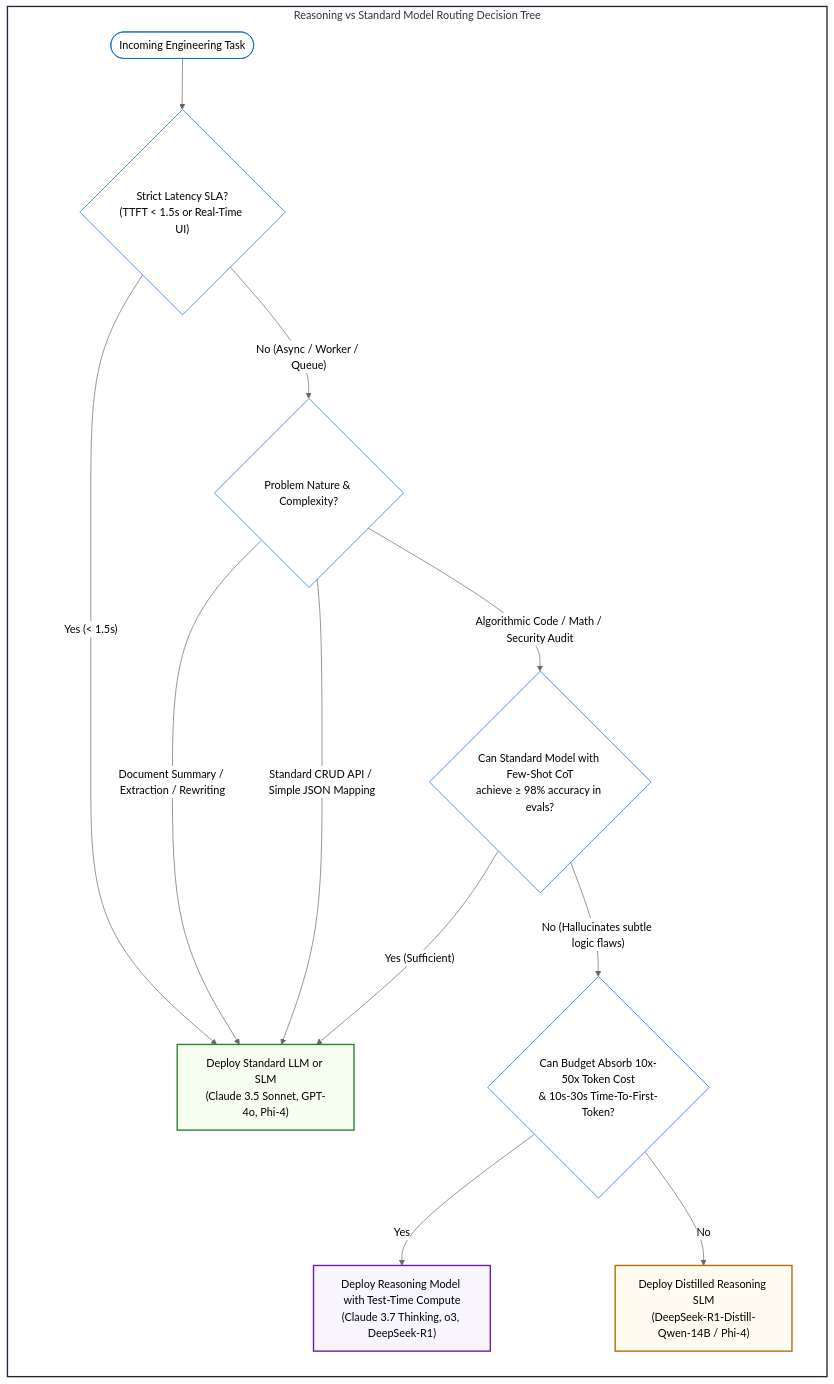
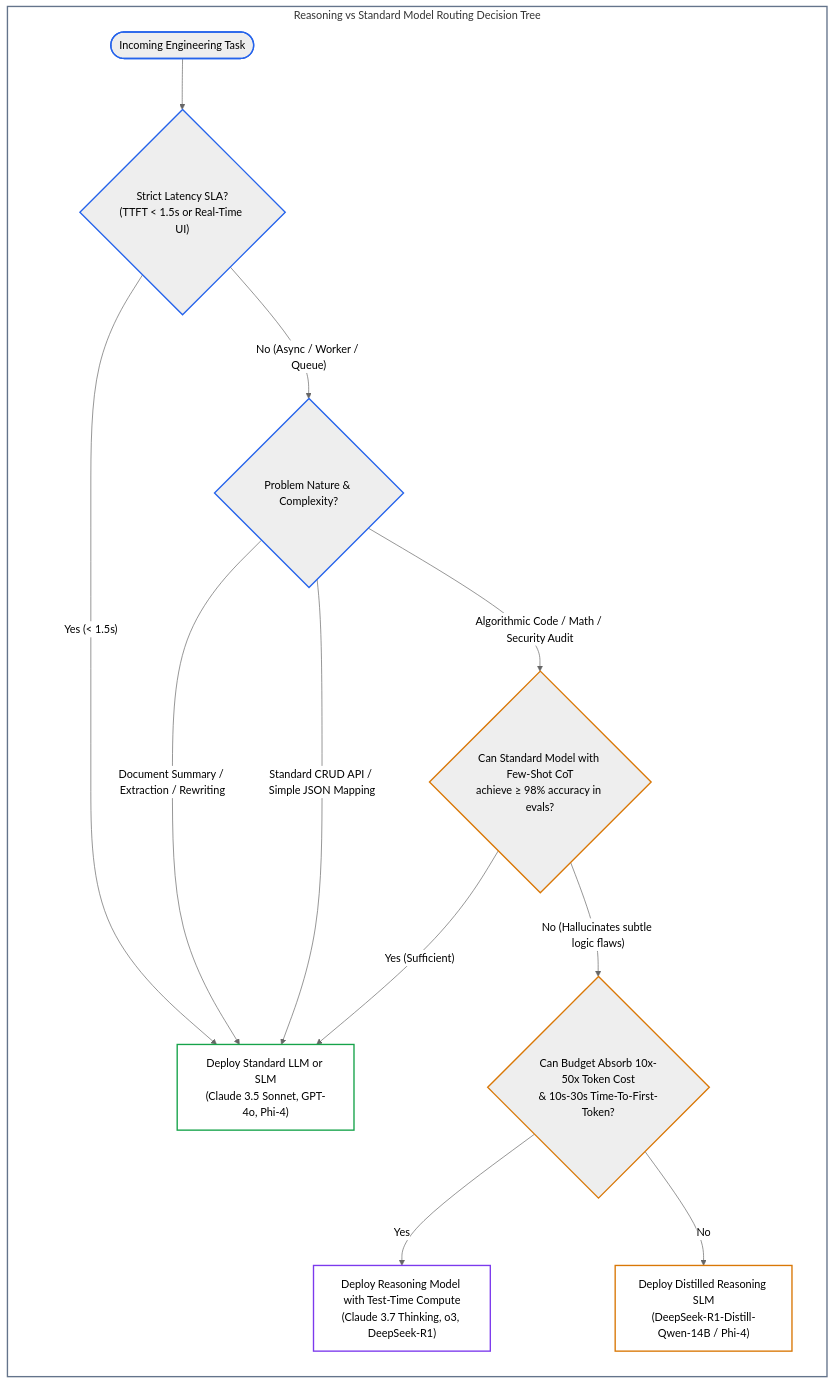
Before and after one commit to dip4k/senior-engineer-to-ai-engineer-roadmap: the third of 3 diagrams in 00-foundations-and-token-mechanics/04-test-time-compute-and-reasoning-models.md, drawn with Mermaid (neutral theme). The commit also changed other lines of this file and 15 other files, not shown here.

First line of the commit message:
feat(curriculum): theme-adaptive diagrams, low-node modular flows, and Phase 00 beginner-style refactor

````diff
--- a/00-foundations-and-token-mechanics/04-test-time-compute-and-reasoning-models.md
+++ b/00-foundations-and-token-mechanics/04-test-time-compute-and-reasoning-models.md
@@ -411,33 +379,33 @@
 ```mermaid
 flowchart TD
     subgraph ROUTER["Reasoning vs Standard Model Routing Decision Tree"]
         direction TB
 
         Start(["Incoming Engineering Task"]) --> LatencyCheck{"Strict Latency SLA?<br>(TTFT < 1.5s or Real-Time UI)"}
         
         LatencyCheck -- "Yes (< 1.5s)" --> FastPath["Deploy Standard LLM or SLM<br>(Claude 3.5 Sonnet, GPT-4o, Phi-4)"]
         LatencyCheck -- "No (Async / Worker / Queue)" --> TaskType{"Problem Nature & Complexity?"}
         
         TaskType -- "Document Summary / Extraction / Rewriting" --> FastPath
         TaskType -- "Standard CRUD API / Simple JSON Mapping" --> FastPath
         
         TaskType -- "Algorithmic Code / Math / Security Audit" --> AccuracyCheck{"Can Standard Model with Few-Shot CoT<br>achieve ≥ 98% accuracy in evals?"}
         
         AccuracyCheck -- "Yes (Sufficient)" --> FastPath
         AccuracyCheck -- "No (Hallucinates subtle logic flaws)" --> BudgetCheck{"Can Budget Absorb 10x-50x Token Cost<br>& 10s-30s Time-To-First-Token?"}
         
         BudgetCheck -- "Yes" --> ReasoningTier["Deploy Reasoning Model with Test-Time Compute<br>(Claude 3.7 Thinking, o3, DeepSeek-R1)"]
         BudgetCheck -- "No" --> DistillTier["Deploy Distilled Reasoning SLM<br>(DeepSeek-R1-Distill-Qwen-14B / Phi-4)"]
     end
 
-    style ROUTER fill:#ffffff,stroke:#1e293b,stroke-width:2px
-    style FastPath fill:#f6fff0,stroke:#2e7d32,stroke-width:2px
-    style ReasoningTier fill:#f8f5ff,stroke:#6a1b9a,stroke-width:2px
-    style DistillTier fill:#fffbf0,stroke:#b26b00,stroke-width:2px
+    style ROUTER fill:none,stroke:#64748b,stroke-width:2px
+    style FastPath fill:none,stroke:#16a34a,stroke-width:2px
+    style ReasoningTier fill:none,stroke:#7c3aed,stroke-width:2px
+    style DistillTier fill:none,stroke:#d97706,stroke-width:2px
 
-    style Start fill:#ffffff,stroke:#0066cc,stroke-width:1px
-    style LatencyCheck fill:#ffffff,stroke:#0066cc,stroke-width:1px
-    style TaskType fill:#ffffff,stroke:#0066cc,stroke-width:1px
-    style AccuracyCheck fill:#ffffff,stroke:#0066cc,stroke-width:1px
-    style BudgetCheck fill:#ffffff,stroke:#0066cc,stroke-width:1px
+    style Start stroke:#2563eb,stroke-width:2px
+    style LatencyCheck stroke:#2563eb,stroke-width:2px
+    style TaskType stroke:#2563eb,stroke-width:2px
+    style AccuracyCheck stroke:#d97706,stroke-width:2px
+    style BudgetCheck stroke:#d97706,stroke-width:2px
 ```
````
